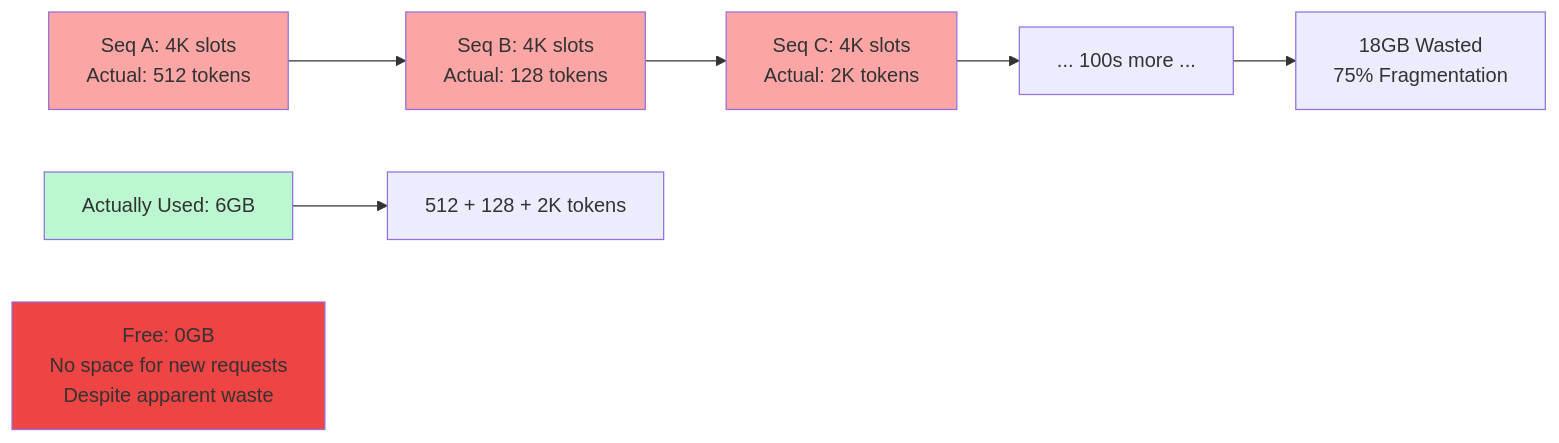
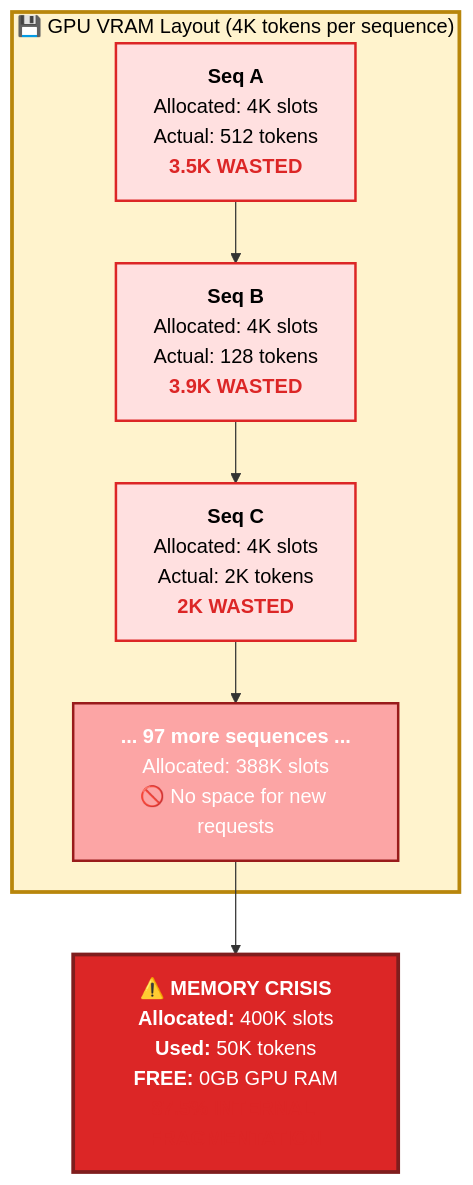
The second of 9 diagrams in lab0.3/README.md (Shahriarin2garden/vllm_from_scratch), drawn with Mermaid before and after one commit. The commit also changed other lines of this file, not shown here.

Commit message:
Enhance Lab 0.3 README with detailed mermaid diagrams for KV cache operations, improving clarity and visual representation of memory management concepts.

````diff
--- a/lab0.3/README.md
+++ b/lab0.3/README.md
@@ -142,18 +148,20 @@
 ```mermaid
-graph LR
-    A1[Seq A: 4K slots<br/>Actual: 512 tokens] --> A2[Seq B: 4K slots<br/>Actual: 128 tokens]
-    A2 --> A3[Seq C: 4K slots<br/>Actual: 2K tokens]
-    A3 --> A4[... 100s more ...]
+graph TD
+    subgraph VRAM["💾 GPU VRAM Layout (4K tokens per sequence)"]
+        A1["<b>Seq A</b><br/>Allocated: 4K slots<br/>Actual: 512 tokens<br/><b style='color:#dc2626'>3.5K WASTED</b>"]
+        A2["<b>Seq B</b><br/>Allocated: 4K slots<br/>Actual: 128 tokens<br/><b style='color:#dc2626'>3.9K WASTED</b>"]
+        A3["<b>Seq C</b><br/>Allocated: 4K slots<br/>Actual: 2K tokens<br/><b style='color:#dc2626'>2K WASTED</b>"]
+        A4["<b>... 97 more sequences ...</b><br/>Allocated: 388K slots<br/>🚫 No space for new requests"]
+    end
     
-    U1[Actually Used: 6GB] --> U2[512 + 128 + 2K tokens]
+    METRICS["<b style='font-size:16px'>⚠️ MEMORY CRISIS</b><br/><b>Allocated:</b> 400K slots<br/><b>Used:</b> 50K tokens<br/><b>FREE:</b> 0GB GPU RAM<br/><b style='color:#dc2626'>87.5% INTERNAL FRAGMENTATION</b>"]
     
-    F1[Free: 0GB<br/>No space for new requests<br/>Despite apparent waste]
+    A1 --> A2 --> A3 --> A4 --> METRICS
     
-    A4 --> Summary[18GB Wasted<br/>75% Fragmentation]
-    
-    style A1 fill:#fca5a5
-    style A2 fill:#fca5a5
-    style A3 fill:#fca5a5
-    style U1 fill:#bbf7d0
-    style F1 fill:#ef4444
+    style VRAM fill:#fff3cd,stroke:#b8860b,stroke-width:3px,color:#000
+    style A1 fill:#ffe0e0,color:#000,stroke:#dc2626,stroke-width:2px
+    style A2 fill:#ffe0e0,color:#000,stroke:#dc2626,stroke-width:2px
+    style A3 fill:#ffe0e0,color:#000,stroke:#dc2626,stroke-width:2px
+    style A4 fill:#fca5a5,color:#fff,stroke:#991b1b,stroke-width:2px
+    style METRICS fill:#dc2626,color:#fff,stroke:#7f1d1d,stroke-width:3px
 ```
````
